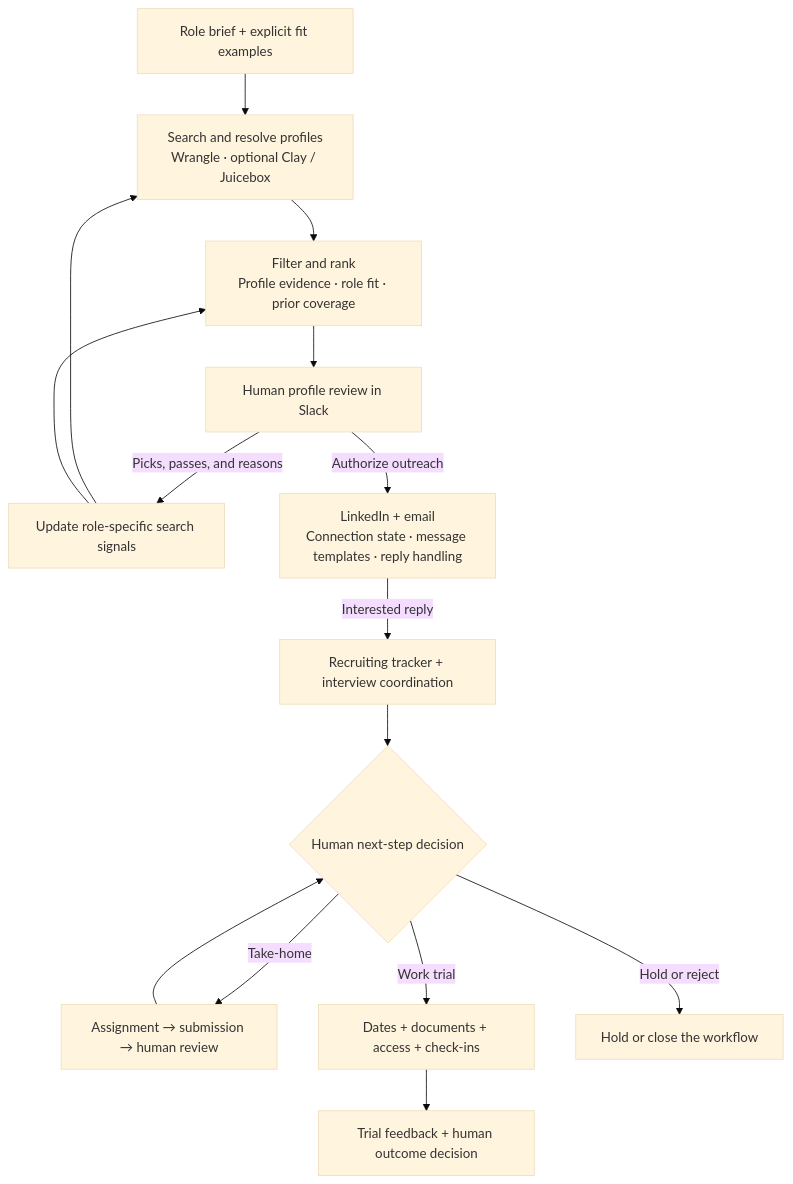
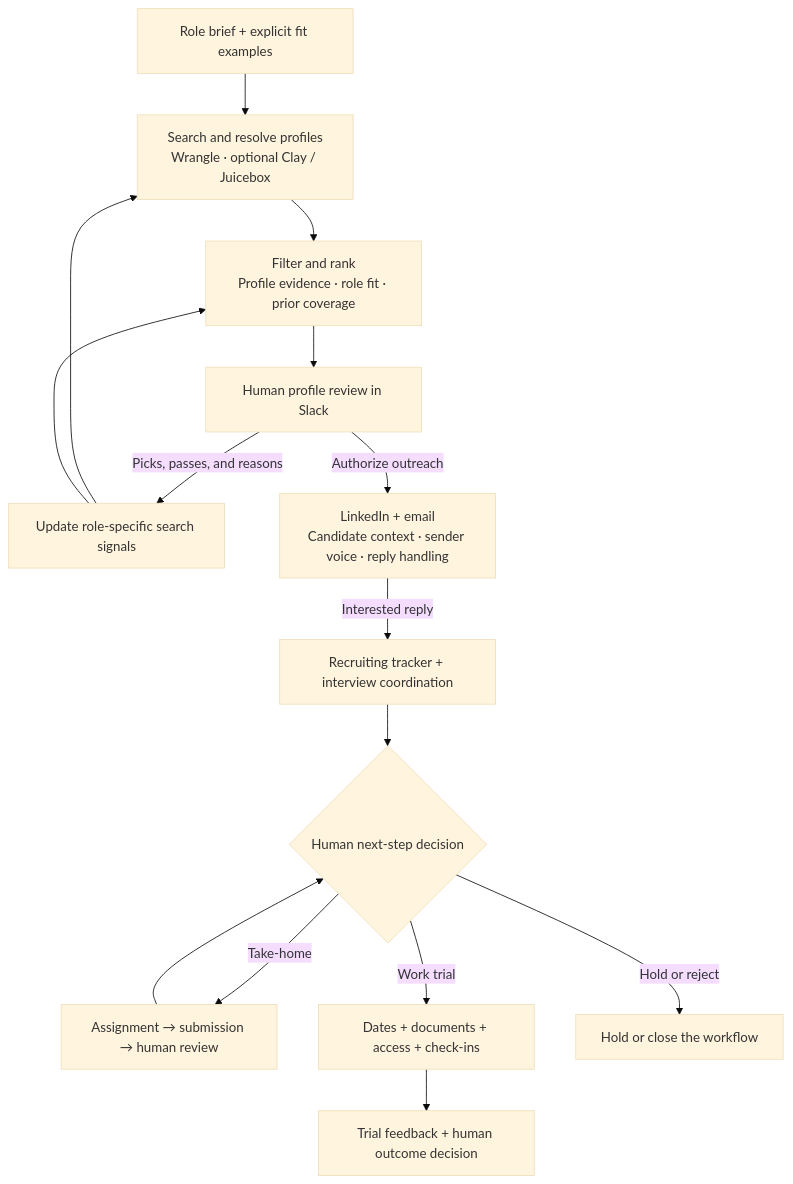
Before and after one commit to mbosborn/uncle-sam: the first of 3 diagrams in README.md, drawn with Mermaid (base theme). The commit also changed other lines of this file, not shown here.

Commit message:
Explain measured sourcing and custom outreach in README (#3)

````diff
--- a/README.md
+++ b/README.md
@@ -19,17 +19,17 @@
 ```mermaid
 flowchart TD
   B["Role brief + explicit fit examples"] --> S["Search and resolve profiles<br/>Wrangle · optional Clay / Juicebox"]
   S --> R["Filter and rank<br/>Profile evidence · role fit · prior coverage"]
   R --> H["Human profile review in Slack"]
   H -->|Picks, passes, and reasons| L["Update role-specific search signals"]
   L --> S
   L --> R
-  H -->|Authorize outreach| O["LinkedIn + email<br/>Connection state · message templates · reply handling"]
+  H -->|Authorize outreach| O["LinkedIn + email<br/>Candidate context · sender voice · reply handling"]
   O -->|Interested reply| I["Recruiting tracker + interview coordination"]
   I --> D{"Human next-step decision"}
   D -->|Take-home| T["Assignment → submission → human review"]
   T --> D
   D -->|Work trial| W["Dates + documents + access + check-ins"]
   D -->|Hold or reject| C["Hold or close the workflow"]
   W --> F["Trial feedback + human outcome decision"]
 ```
````
